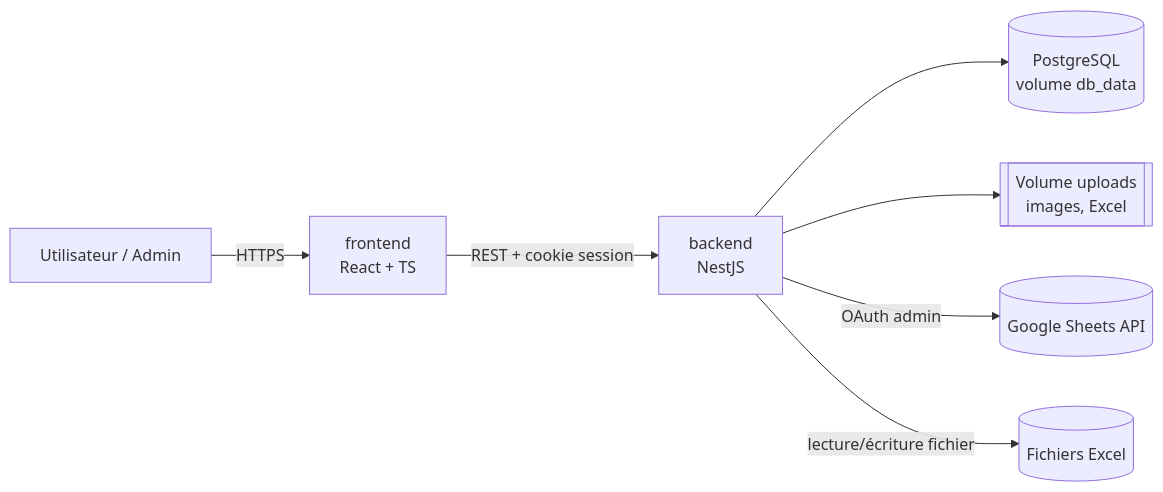
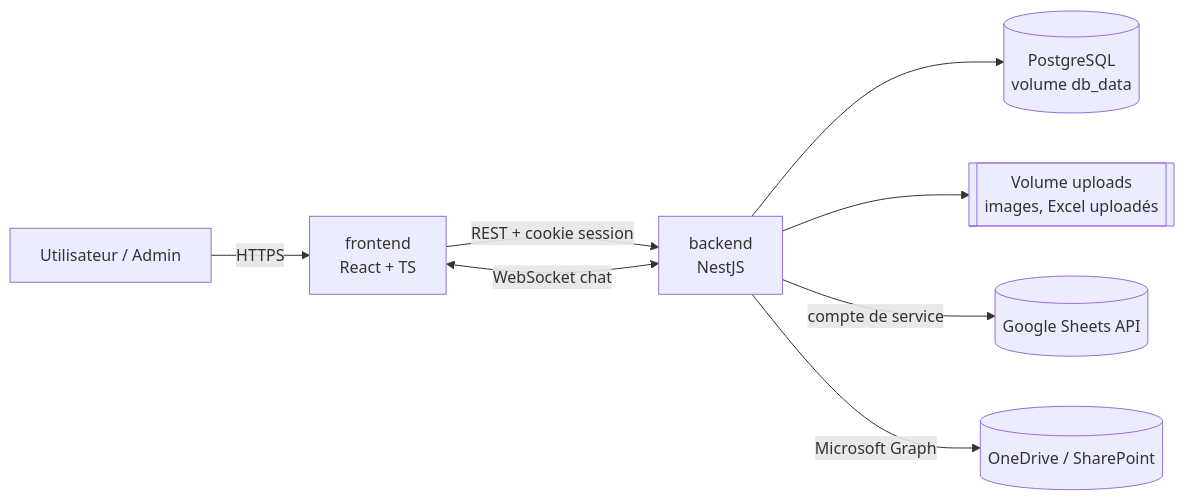
One commit to NL-Des/Strategos changed the first of 2 diagrams in references/architecture.md. Above: the diagram before and after it, drawn with Mermaid. The commit also changed other lines of this file and 6 other files, not shown here.

````diff
--- a/references/architecture.md
+++ b/references/architecture.md
@@ -25,9 +25,10 @@
 ```mermaid
 flowchart LR
     U[Utilisateur / Admin] -->|HTTPS| FE[frontend<br/>React + TS]
     FE -->|REST + cookie session| BE[backend<br/>NestJS]
+    FE <-->|WebSocket chat| BE
     BE --> DB[(PostgreSQL<br/>volume db_data)]
-    BE --> FS[[Volume uploads<br/>images, Excel]]
-    BE -->|OAuth admin| GS[(Google Sheets API)]
-    BE -->|lecture/écriture fichier| XL[(Fichiers Excel)]
+    BE --> FS[[Volume uploads<br/>images, Excel uploadés]]
+    BE -->|compte de service| GS[(Google Sheets API)]
+    BE -->|Microsoft Graph| OD[(OneDrive / SharePoint)]
 ```
````
